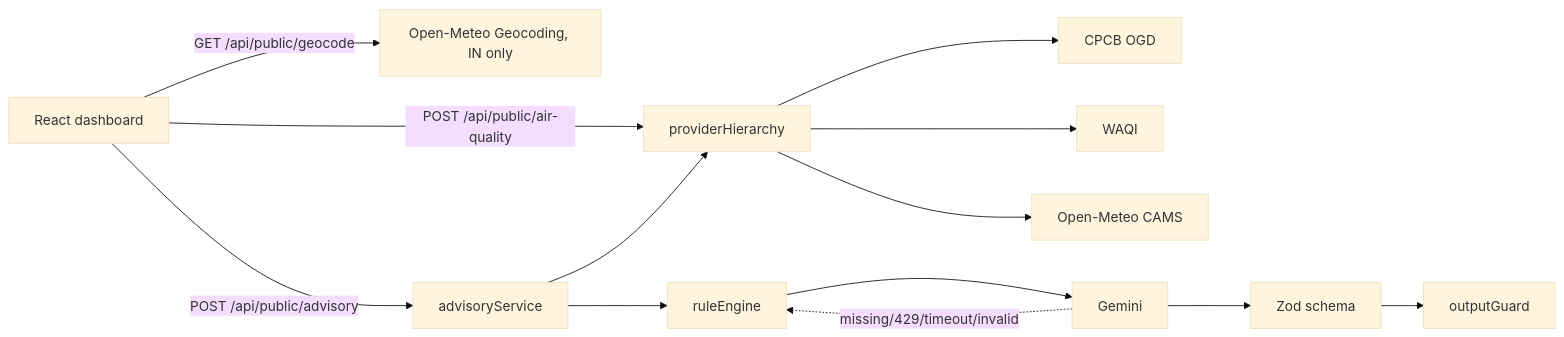
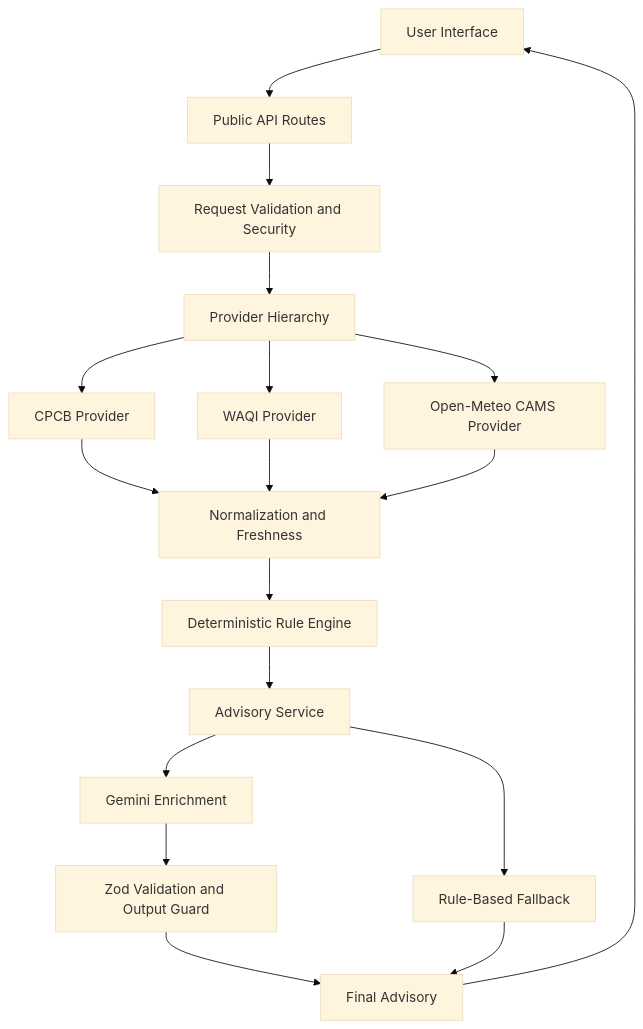
The diagram in README.md (AbdulWebAgency/VayuSetu), drawn with Mermaid (base theme) before and after one commit. The commit also changed other lines of this file and 3 other files, not shown here.

Commit message:
Finalize README, align .env.example, and add provider fallback & accessibility tests

````diff
--- a/README.md
+++ b/README.md
@@ -10,10 +115,26 @@
 ```mermaid
-flowchart LR
-  UI[React dashboard] -->|GET /api/public/geocode| G[Open-Meteo Geocoding, IN only]
-  UI -->|POST /api/public/air-quality| H[providerHierarchy]
-  UI -->|POST /api/public/advisory| A[advisoryService]
-  A --> H
-  H --> C[CPCB OGD] & W[WAQI] & O[Open-Meteo CAMS]
-  A --> R[ruleEngine] --> M[Gemini] --> Z[Zod schema] --> Q[outputGuard]
-  M -. missing/429/timeout/invalid .-> R
+flowchart TD
+    A[User Interface] --> B[Public API Routes]
+    B --> C[Request Validation and Security]
+    C --> D[Provider Hierarchy]
+
+    D --> E[CPCB Provider]
+    D --> F[WAQI Provider]
+    D --> G[Open-Meteo CAMS Provider]
+
+    E --> H[Normalization and Freshness]
+    F --> H
+    G --> H
+
+    H --> I[Deterministic Rule Engine]
+    I --> J[Advisory Service]
+
+    J --> K[Gemini Enrichment]
+    K --> L[Zod Validation and Output Guard]
+    L --> M[Final Advisory]
+
+    J --> N[Rule-Based Fallback]
+    N --> M
+
+    M --> A
 ```
````
